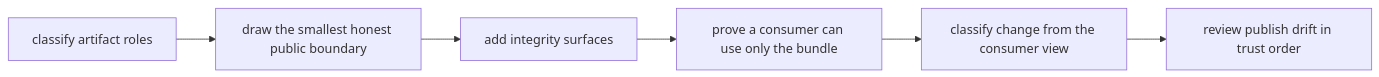
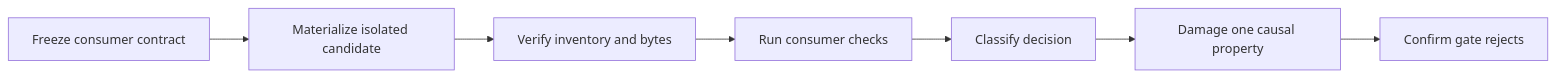
Before and after one commit to bijux/bijux-masterclass: the first of 2 diagrams in programs/reproducible-research/deep-dive-snakemake/course-book/module-06-publishing-downstream-contracts/exercises.md, drawn with Mermaid. The commit also changed other lines of this file, not shown here.

Commit message:
docs(snakemake): make publish practice consumer-executable

````diff
--- a/programs/reproducible-research/deep-dive-snakemake/course-book/module-06-publishing-downstream-contracts/exercises.md
+++ b/programs/reproducible-research/deep-dive-snakemake/course-book/module-06-publishing-downstream-contracts/exercises.md
@@ -87,11 +22,9 @@
 ```mermaid
 flowchart LR
-  roles["classify artifact roles"]
-  boundary["draw the smallest honest public boundary"]
-  integrity["add integrity surfaces"]
-  consumer["prove a consumer can use only the bundle"]
-  compatibility["classify change from the consumer view"]
-  review["review publish drift in trust order"]
-
-  roles --> boundary --> integrity --> consumer --> compatibility --> review
+  contract["Freeze consumer contract"] --> candidate["Materialize isolated candidate"]
+  candidate --> integrity["Verify inventory and bytes"]
+  integrity --> compatibility["Run consumer checks"]
+  compatibility --> decision["Classify decision"]
+  decision --> mutation["Damage one causal property"]
+  mutation --> evidence["Confirm gate rejects"]
 ```
````
